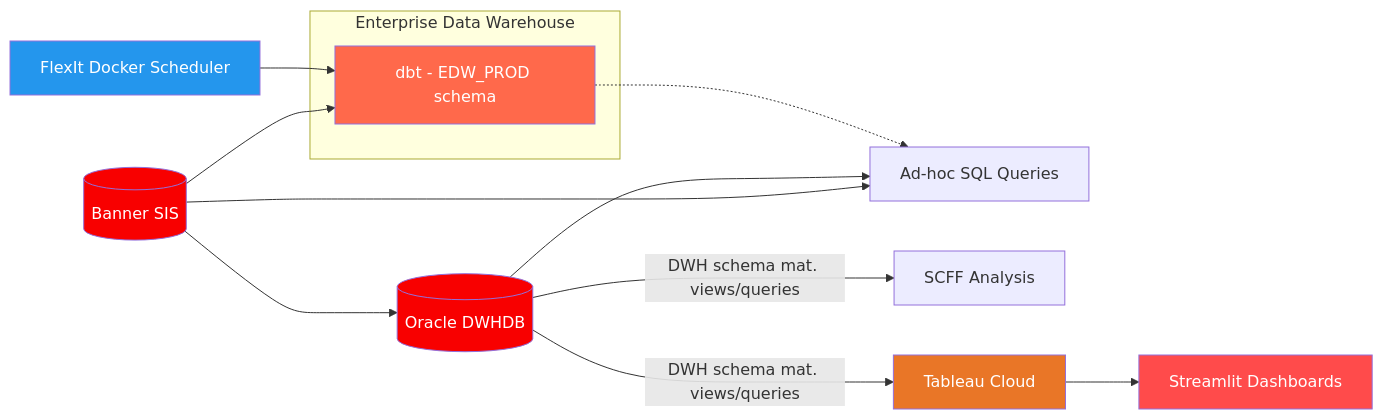
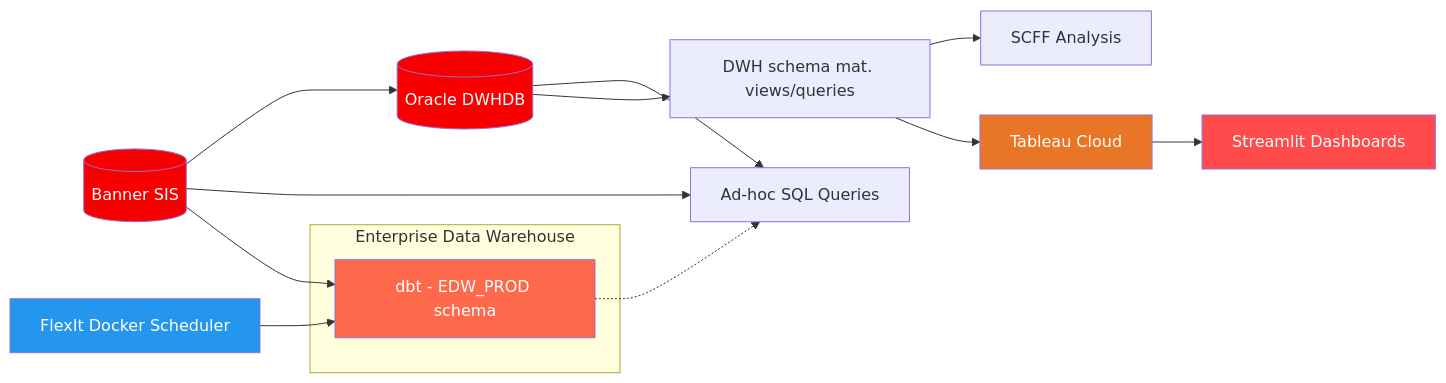
One commit to nocccd-data/.github changed the diagram in profile/README.md. Above: the diagram before and after it, drawn with Mermaid.

Commit message:
Refactor DWH schema into single node with two outgoing arrows

````diff
--- a/profile/README.md
+++ b/profile/README.md
@@ -17,25 +17,26 @@
 ```mermaid
 flowchart LR
     Banner[(Banner SIS)] --> DWHDB[(Oracle DWHDB)]
     Banner --> SQL["Ad-hoc SQL Queries"]
     DWHDB --> SQL
 
     subgraph EDW["Enterprise Data Warehouse"]
         dbt["dbt - EDW_PROD schema"]
     end
 
     Banner --> dbt
     dbt -.-> SQL
     FlexIt["FlexIt Docker Scheduler"] --> dbt
 
-    DWHDB -- "DWH schema mat. views/queries" --> SCFF["SCFF Analysis"]
-    DWHDB -- "DWH schema mat. views/queries" --> Tableau["Tableau Cloud"]
+    DWHDB --> DWH["DWH schema mat. views/queries"]
+    DWH --> SCFF["SCFF Analysis"]
+    DWH --> Tableau["Tableau Cloud"]
     Tableau --> Streamlit["Streamlit Dashboards"]
 
     style Banner fill:#F80000,color:#fff
     style DWHDB fill:#F80000,color:#fff
     style dbt fill:#FF694B,color:#fff
     style Tableau fill:#E97627,color:#fff
     style Streamlit fill:#FF4B4B,color:#fff
     style FlexIt fill:#2496ED,color:#fff
 ```
````
